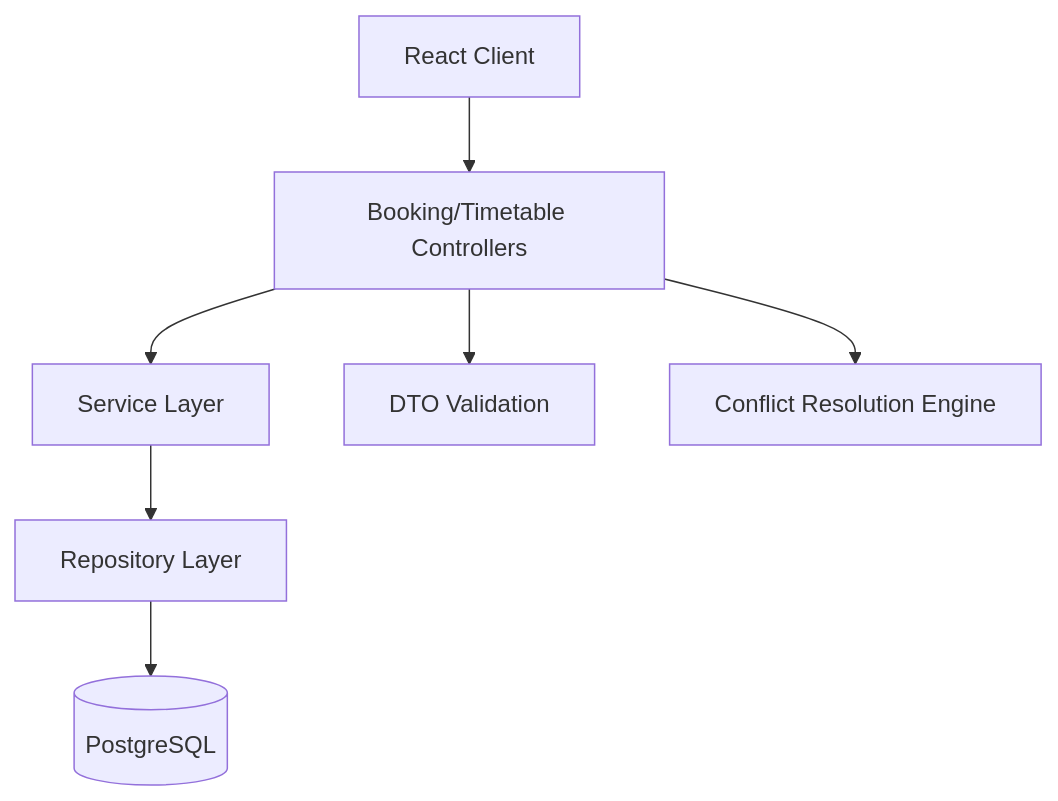
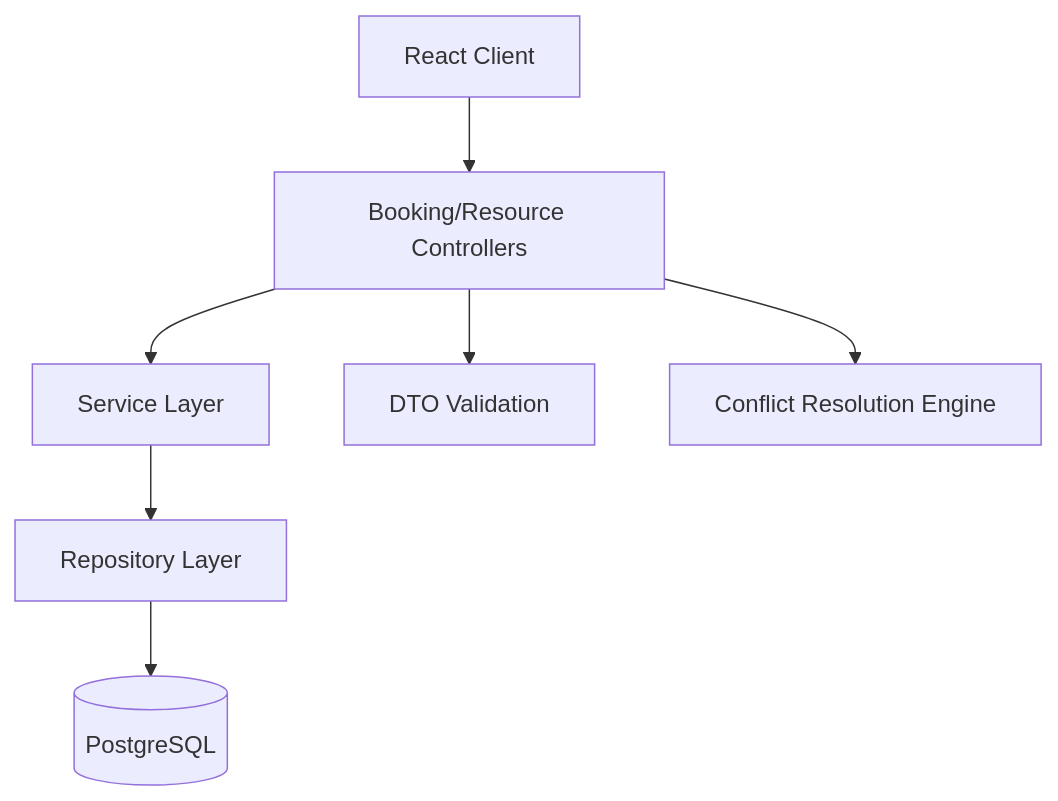
One commit to SadisaRashmika/it3030-paf-2026-smart-campus-group77 changed the third of 4 diagrams in docs/architecture_diagrams.md. Above: the diagram before and after it, drawn with Mermaid. The commit also changed other lines of this file and 4 other files, not shown here.

````diff
--- a/docs/architecture_diagrams.md
+++ b/docs/architecture_diagrams.md
@@ -121,10 +121,10 @@
 ```mermaid
 flowchart TD
-		A[React Client] --> B[Booking/Timetable Controllers]
+		A[React Client] --> B[Booking/Resource Controllers]
 		B --> C[Service Layer]
 		C --> D[Repository Layer]
 		D --> E[(PostgreSQL)]
 
 		B --> F[DTO Validation]
 		B --> G[Conflict Resolution Engine]
 ```
````
